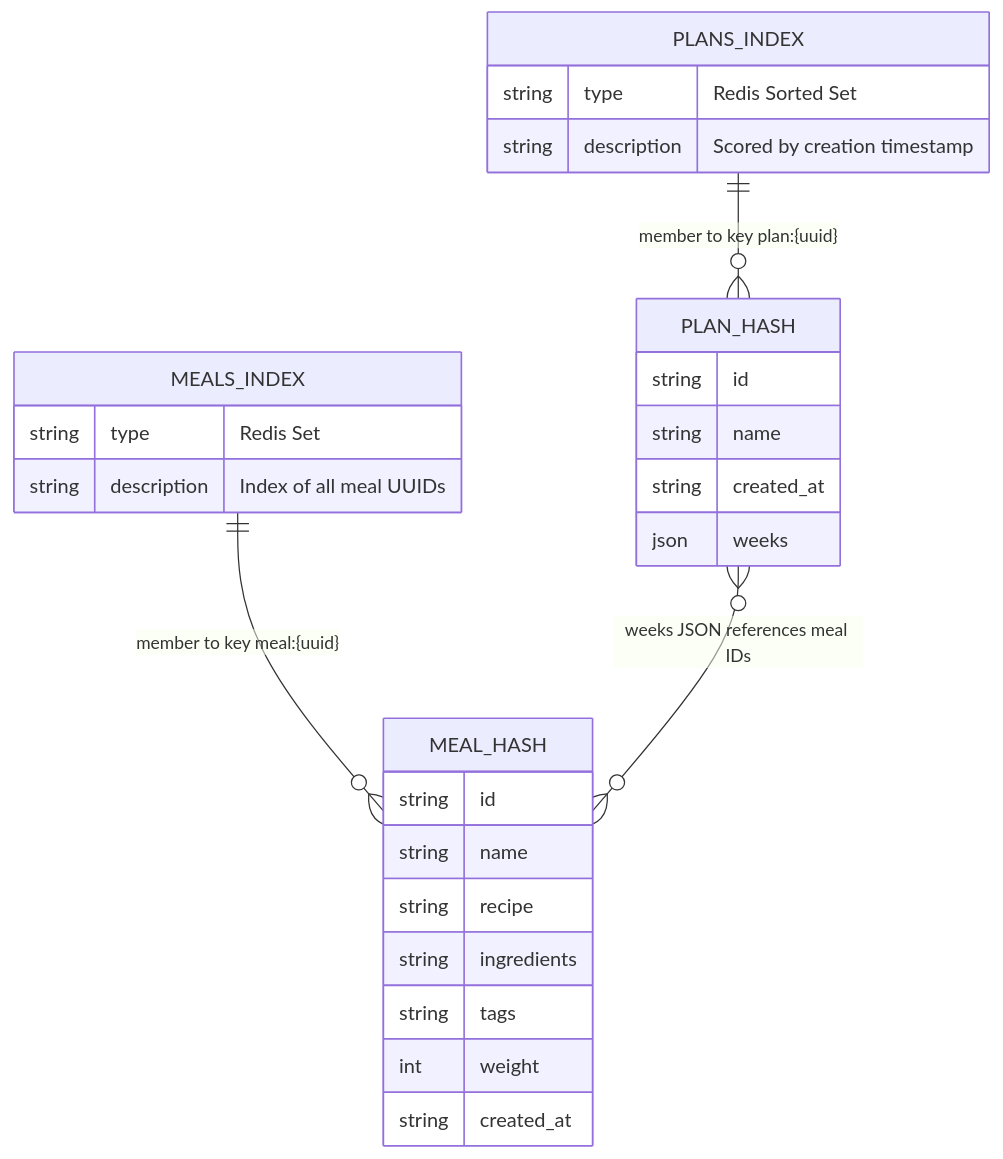
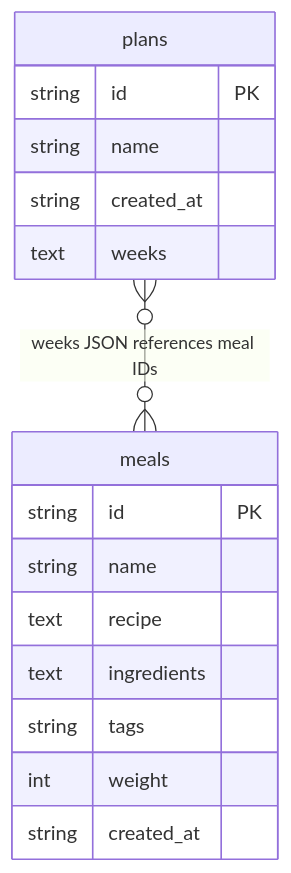
Before and after one commit to deilers/meal-planning: the third of 6 diagrams in docs/architecture.md, drawn with Mermaid. The commit also changed other lines of this file and 8 other files, not shown here.

````diff
--- a/docs/architecture.md
+++ b/docs/architecture.md
@@ -51,33 +47,21 @@
 ```mermaid
 erDiagram
-    MEAL_HASH {
-        string id
+    meals {
+        string id PK
         string name
-        string recipe
-        string ingredients
+        text   recipe
+        text   ingredients
         string tags
         int    weight
         string created_at
     }
 
-    PLAN_HASH {
-        string id
+    plans {
+        string id PK
         string name
         string created_at
-        json   weeks
+        text   weeks
     }
 
-    MEALS_INDEX {
-        string type "Redis Set"
-        string description "Index of all meal UUIDs"
-    }
-
-    PLANS_INDEX {
-        string type "Redis Sorted Set"
-        string description "Scored by creation timestamp"
-    }
-
-    MEALS_INDEX ||--o{ MEAL_HASH : "member to key meal:{uuid}"
-    PLANS_INDEX ||--o{ PLAN_HASH : "member to key plan:{uuid}"
-    PLAN_HASH }o--o{ MEAL_HASH : "weeks JSON references meal IDs"
+    plans }o--o{ meals : "weeks JSON references meal IDs"
 ```
````
